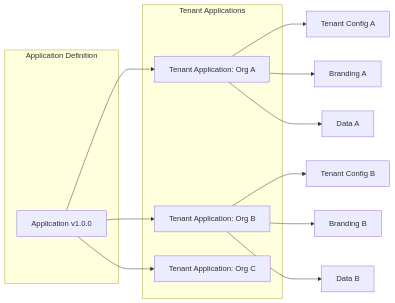
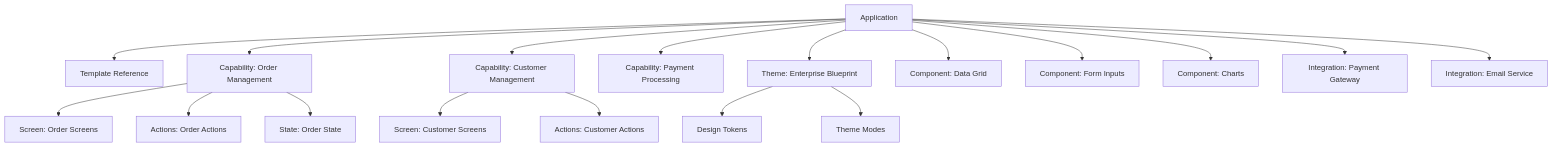
The third of 10 diagrams in ARCHITECTURE/application-architecture-overview.md (DukaDesk/KNOWLEDGE-BASE), drawn with Mermaid before and after one commit. The commit also changed other lines of this file and 1 other file, not shown here.

First line of the commit message:
KB-041 Application Architecture Overview: production-quality rewrite

````diff
--- a/ARCHITECTURE/application-architecture-overview.md
+++ b/ARCHITECTURE/application-architecture-overview.md
@@ -769,24 +1172,23 @@
 ```mermaid
-graph LR
-    APP1[Application v1.0.0] --> TA1[Tenant Application: Org A]
-    APP1 --> TA2[Tenant Application: Org B]
-    APP1 --> TA3[Tenant Application: Org C]
+graph TD
+    APP1[Application] --> TEMPLATE[Template Reference]
+    APP1 --> CAP1[Capability: Order Management]
+    APP1 --> CAP2[Capability: Customer Management]
+    APP1 --> CAP3[Capability: Payment Processing]
+    APP1 --> THEME[Theme: Enterprise Blueprint]
+    APP1 --> COMP1[Component: Data Grid]
+    APP1 --> COMP2[Component: Form Inputs]
+    APP1 --> COMP3[Component: Charts]
+    APP1 --> INT1[Integration: Payment Gateway]
+    APP1 --> INT2[Integration: Email Service]
 
-    subgraph "Application Definition"
-        APP1
-    end
+    CAP1 --> CAP1_SCR[Screen: Order Screens]
+    CAP1 --> CAP1_ACT[Actions: Order Actions]
+    CAP1 --> CAP1_ST[State: Order State]
 
-    subgraph "Tenant Applications"
-        TA1
-        TA2
-        TA3
-    end
+    CAP2 --> CAP2_SCR[Screen: Customer Screens]
+    CAP2 --> CAP2_ACT[Actions: Customer Actions]
 
-    TA1 --> CFG1[Tenant Config A]
-    TA1 --> BRAND1[Branding A]
-    TA1 --> DATA1[Data A]
-
-    TA2 --> CFG2[Tenant Config B]
-    TA2 --> BRAND2[Branding B]
-    TA2 --> DATA2[Data B]
+    THEME --> TOKENS[Design Tokens]
+    THEME --> MODES[Theme Modes]
 ```
````
